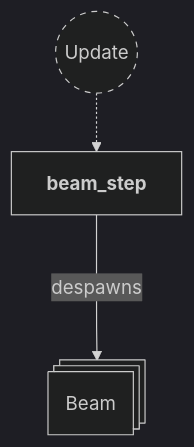
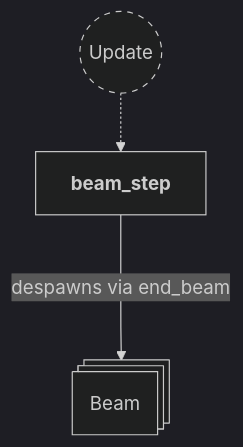
The ninth of 12 diagrams in backlog/docs/doc-7 - 006-Beam-plugin.md (neurosoup/tyled), drawn with Mermaid before and after one commit. The commit also changed other lines of this file and 5 other files, not shown here.

````diff
--- a/backlog/docs/doc-7 - 006-Beam-plugin.md
+++ b/backlog/docs/doc-7 - 006-Beam-plugin.md
@@ -343,18 +329,18 @@
 ```mermaid
 ---
 config:
   theme: dark
 ---
 
 flowchart TD
 classDef system-group stroke-dasharray: 5 5
 
 update(("`Update`")):::system-group
 beam_step["`**beam_step**`"]
 
 update -.-> beam_step
 
 beam_entity@{ shape: st-rect, label: "Beam" }
 
-beam_step ---> |despawns| beam_entity
+beam_step ---> |despawns via end_beam| beam_entity
 ```
````
